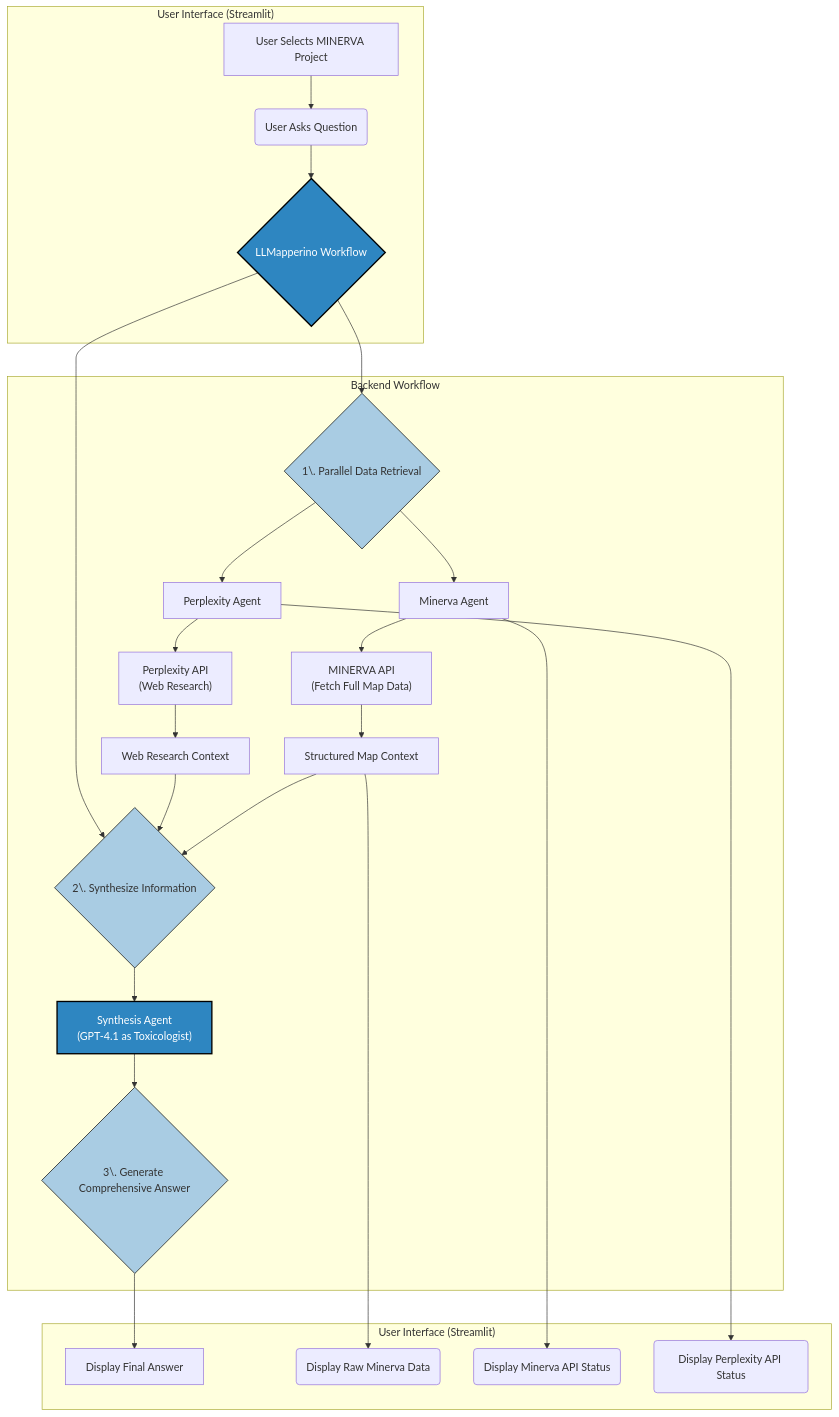
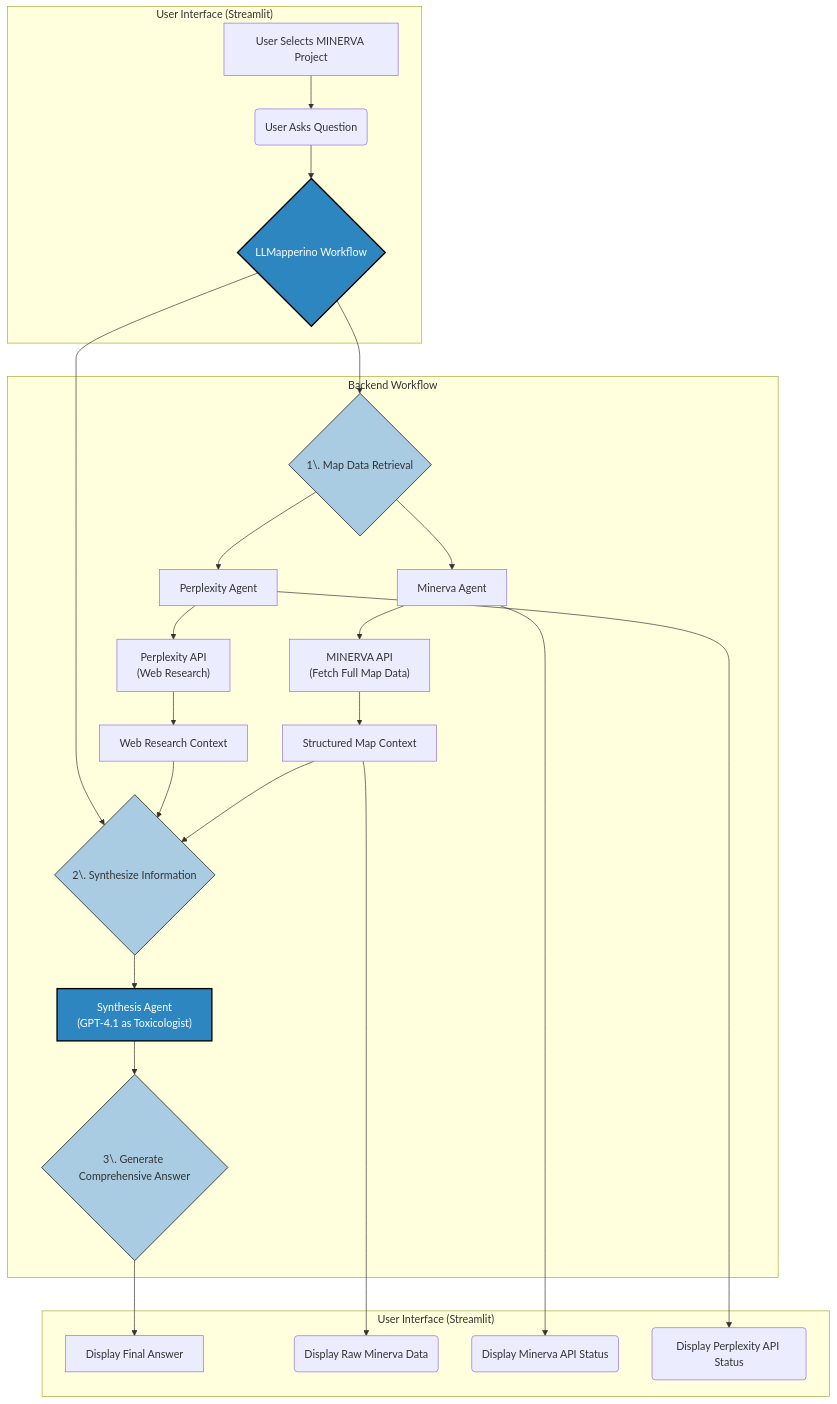
The diagram in README.md (ontox-project/Llemy), drawn with Mermaid before and after one commit. The commit also changed other lines of this file and 5 other files, not shown here.

````diff
--- a/README.md
+++ b/README.md
@@ -17,39 +17,39 @@
 ```mermaid
 graph TD
     subgraph "User Interface (Streamlit)"
         A[User Selects MINERVA Project] --> B;
         B(User Asks Question) --> C{LLMapperino Workflow};
     end
 
     subgraph "Backend Workflow"
-        C --> D{1\. Parallel Data Retrieval};
+        C --> D{1\. Map Data Retrieval};
         D --> E[Minerva Agent];
         D --> F[Perplexity Agent];
 
         E --> H["MINERVA API <br> (Fetch Full Map Data)"];
         H --> I[Structured Map Context];
 
         F --> K["Perplexity API <br> (Web Research)"];
         K --> L[Web Research Context];
 
         I --> M{2\. Synthesize Information};
         L --> M;
         C --> M
 
         M --> N["Synthesis Agent <br> (GPT-4.1 as Toxicologist)"];
         N --> O{3\. Generate Comprehensive Answer};
     end
 
     subgraph "User Interface (Streamlit)"
         O --> P[Display Final Answer];
         I --> Q(Display Raw Minerva Data);
         E --> R(Display Minerva API Status);
         F --> S(Display Perplexity API Status);
     end
 
     style C fill:#2E86C1,stroke:#000,stroke-width:2px,color:#fff
     style N fill:#2E86C1,stroke:#000,stroke-width:2px,color:#fff
     style D fill:#A9CCE3,stroke:#000
     style M fill:#A9CCE3,stroke:#000
     style O fill:#A9CCE3,stroke:#000
 ```
````
